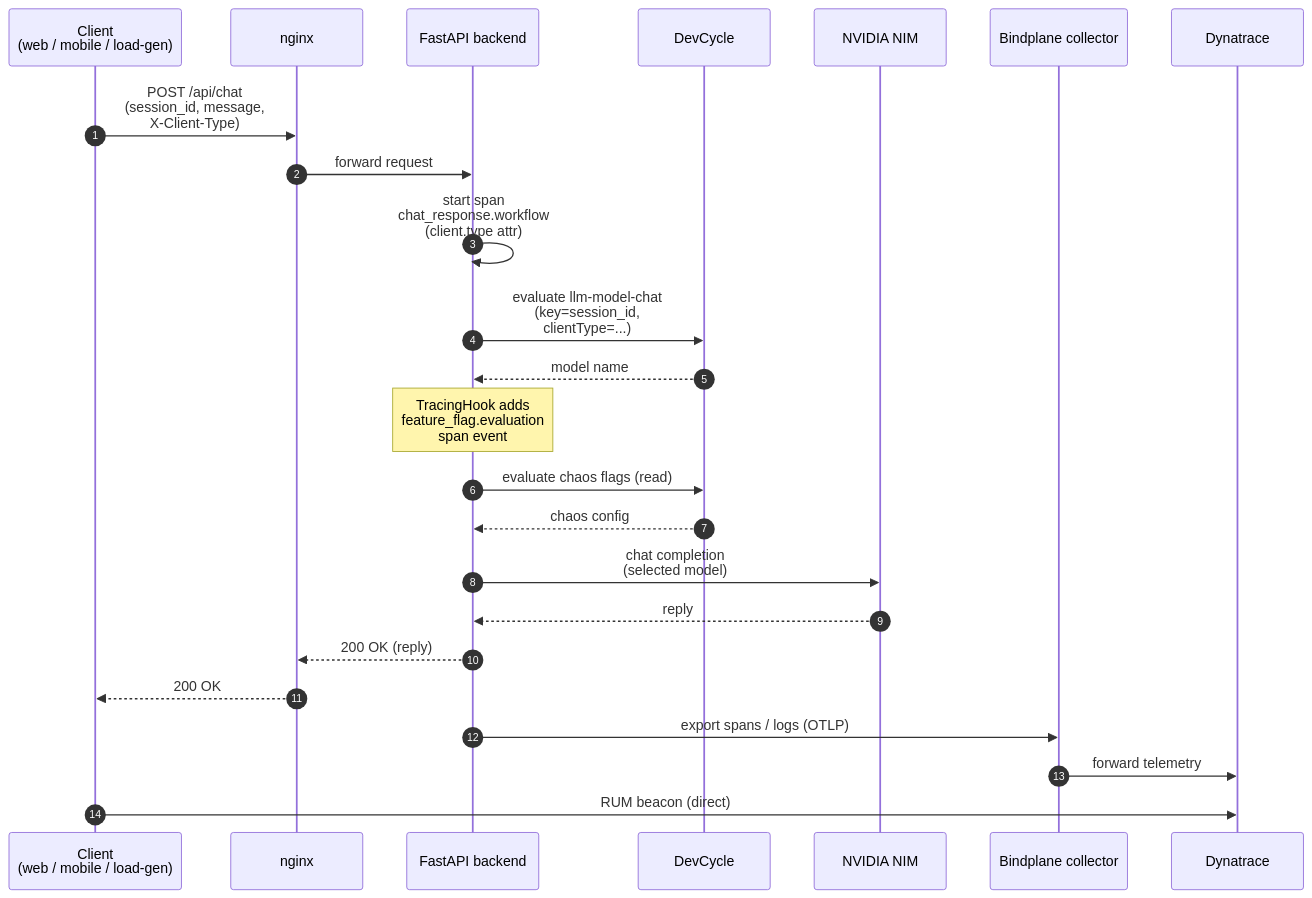
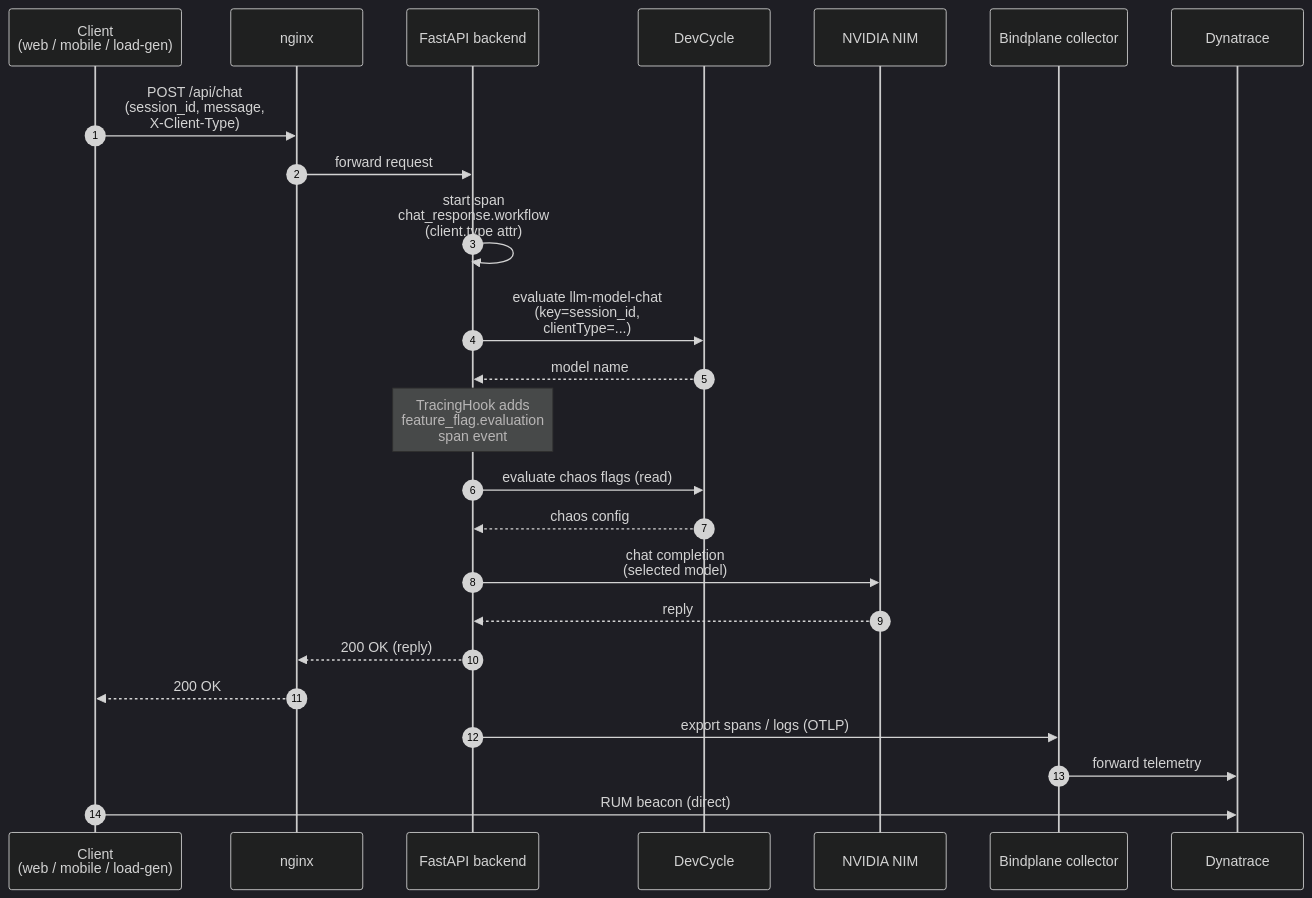
The fourth of 4 diagrams in docs/diagrams.md (clydeanderson-dt/nvidia-chatbot), drawn with Mermaid before and after one commit. The commit also changed other lines of this file, not shown here.

````diff
--- a/docs/diagrams.md
+++ b/docs/diagrams.md
@@ -158,27 +158,28 @@
 ```mermaid
+%%{init: {'theme':'dark'}}%%
 sequenceDiagram
     autonumber
     participant C as Client<br/>(web / mobile / load-gen)
     participant N as nginx
     participant B as FastAPI backend
     participant D as DevCycle
     participant L as NVIDIA NIM
     participant BP as Bindplane collector
     participant DT as Dynatrace
 
     C->>N: POST /api/chat<br/>(session_id, message,<br/>X-Client-Type)
     N->>B: forward request
     B->>B: start span<br/>chat_response.workflow<br/>(client.type attr)
     B->>D: evaluate llm-model-chat<br/>(key=session_id,<br/>clientType=...)
     D-->>B: model name
     Note over B: TracingHook adds<br/>feature_flag.evaluation<br/>span event
     B->>D: evaluate chaos flags (read)
     D-->>B: chaos config
     B->>L: chat completion<br/>(selected model)
     L-->>B: reply
     B-->>N: 200 OK (reply)
     N-->>C: 200 OK
     B->>BP: export spans / logs (OTLP)
     BP->>DT: forward telemetry
     C->>DT: RUM beacon (direct)
 ```
````
